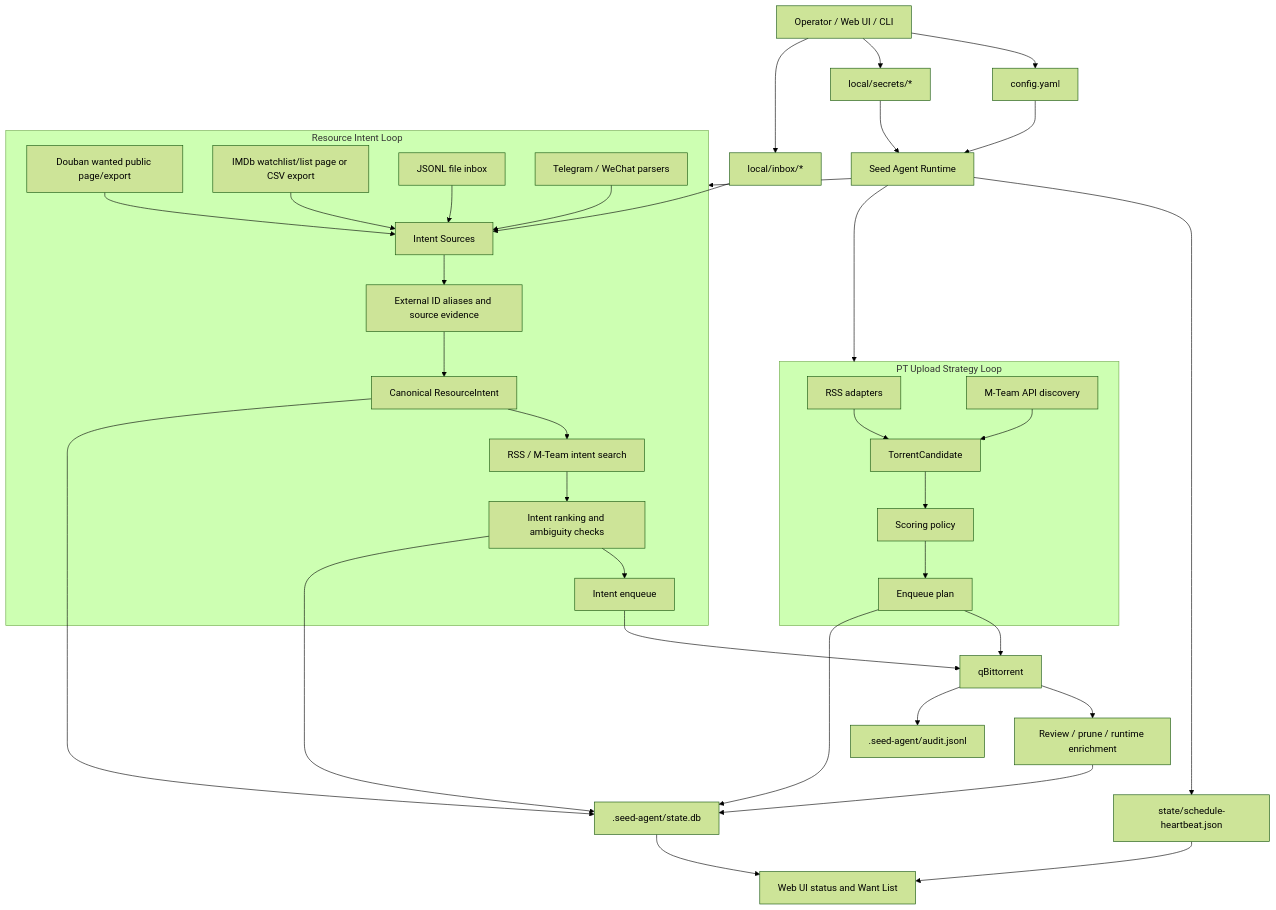
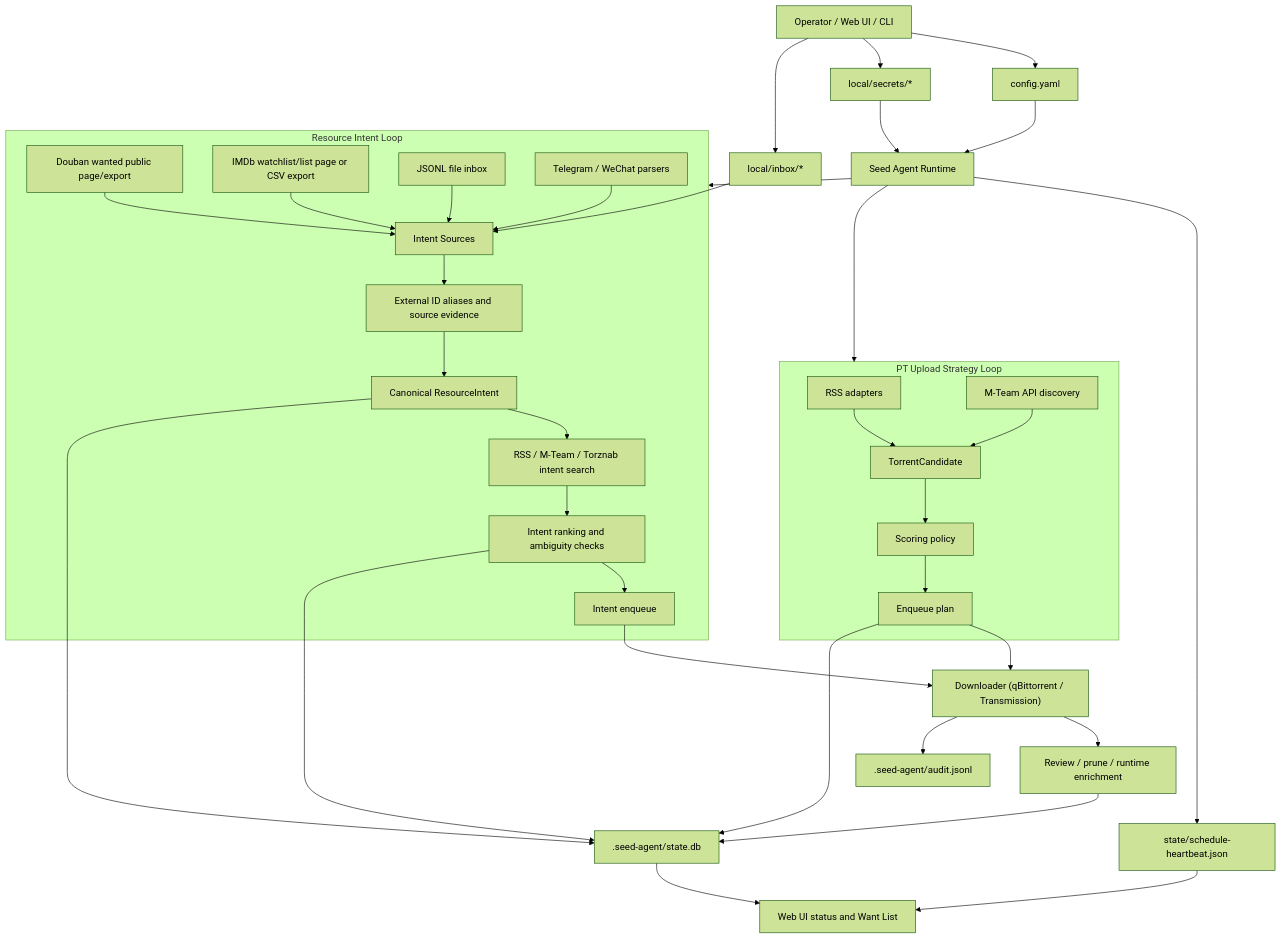
One commit to Team-Cyan/seed-agent changed the diagram in docs/architecture.md. Above: the diagram before and after it, drawn with Mermaid (forest theme). The commit also changed other lines of this file and 23 other files, not shown here.

Commit message:
docs: complete deep research roadmap hardening

````diff
--- a/docs/architecture.md
+++ b/docs/architecture.md
@@ -8,43 +8,43 @@
 ```mermaid
 flowchart TB
   operator["Operator / Web UI / CLI"] --> config["config.yaml"]
   operator --> local_secrets["local/secrets/*"]
   operator --> inbox["local/inbox/*"]
 
   config --> runtime["Seed Agent Runtime"]
   local_secrets --> runtime
   inbox --> intent_sources["Intent Sources"]
 
   subgraph discovery["PT Upload Strategy Loop"]
     rss["RSS adapters"] --> candidates["TorrentCandidate"]
     mteam_api["M-Team API discovery"] --> candidates
     candidates --> scoring["Scoring policy"]
     scoring --> enqueue_plan["Enqueue plan"]
   end
 
   subgraph intents["Resource Intent Loop"]
     douban["Douban wanted public page/export"] --> intent_sources
     imdb["IMDb watchlist/list page or CSV export"] --> intent_sources
     file_inbox["JSONL file inbox"] --> intent_sources
     chat_sources["Telegram / WeChat parsers"] --> intent_sources
     intent_sources --> aliases["External ID aliases and source evidence"]
     aliases --> normalized["Canonical ResourceIntent"]
-    normalized --> search["RSS / M-Team intent search"]
+    normalized --> search["RSS / M-Team / Torznab intent search"]
     search --> ranking["Intent ranking and ambiguity checks"]
     ranking --> intent_enqueue["Intent enqueue"]
   end
 
   runtime --> discovery
   runtime --> intents
-  enqueue_plan --> qb["qBittorrent"]
-  intent_enqueue --> qb
-  qb --> review["Review / prune / runtime enrichment"]
+  enqueue_plan --> downloader["Downloader (qBittorrent / Transmission)"]
+  intent_enqueue --> downloader
+  downloader --> review["Review / prune / runtime enrichment"]
   review --> state[".seed-agent/state.db"]
   enqueue_plan --> state
   normalized --> state
   ranking --> state
-  qb --> audit[".seed-agent/audit.jsonl"]
+  downloader --> audit[".seed-agent/audit.jsonl"]
   runtime --> heartbeat["state/schedule-heartbeat.json"]
   state --> web_status["Web UI status and Want List"]
   heartbeat --> web_status
 ```
````
